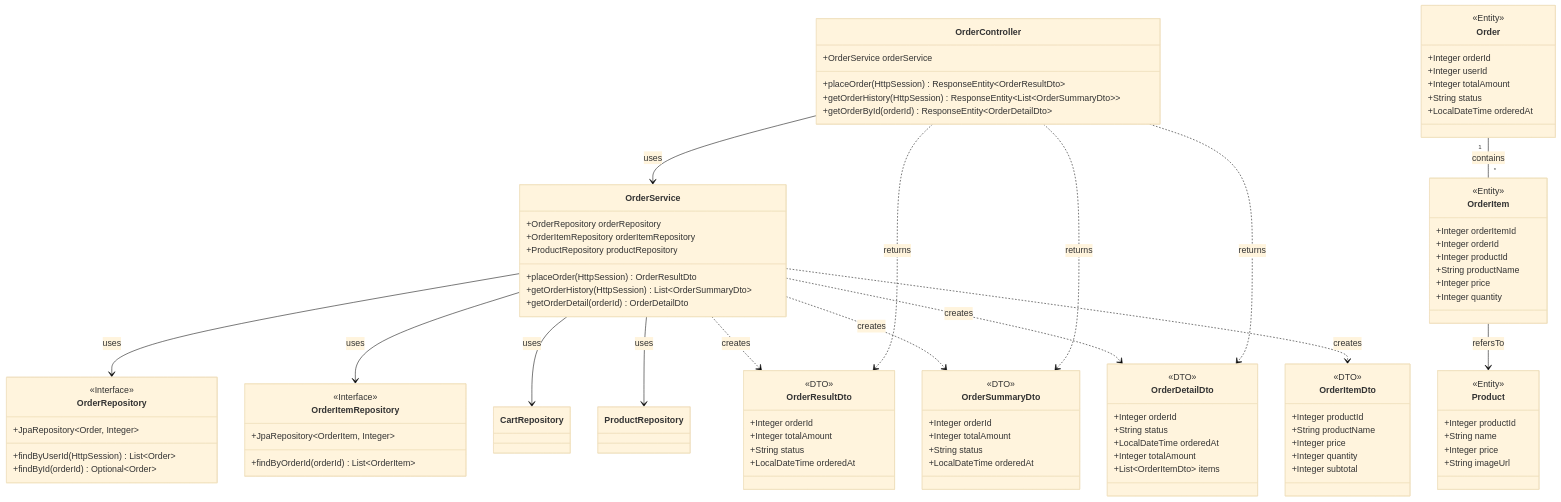
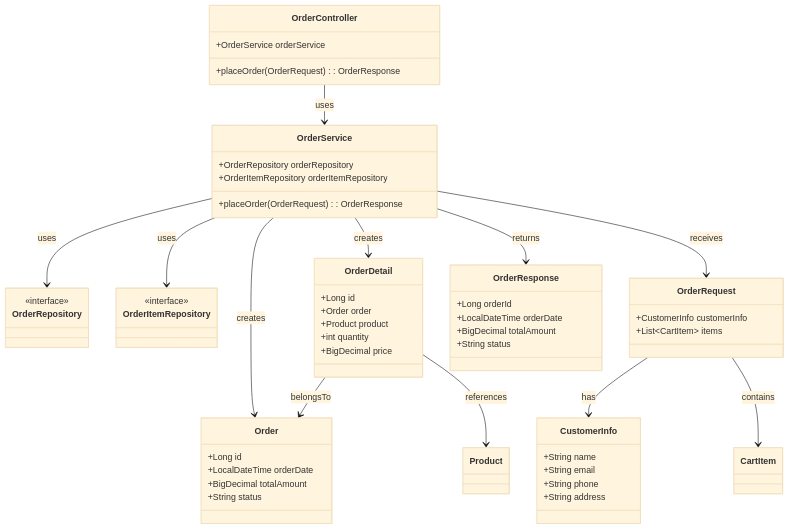
One commit to natsumiumeda/Jobs changed diagram 18 of 21 in 詳細設計/詳細設計書.md. Above: the diagram before and after it, drawn with Mermaid (base theme). The commit also changed other lines of this file, not shown here.

```diff
--- a/詳細設計/詳細設計書.md
+++ b/詳細設計/詳細設計書.md
@@ -795,110 +867,74 @@
 <div class="mermaid">
 classDiagram
+    %% Controller
     class OrderController {
         +OrderService orderService
-        +placeOrder(HttpSession) ResponseEntity~OrderResultDto~
-        +getOrderHistory(HttpSession) ResponseEntity~List~OrderSummaryDto~~
-        +getOrderById(orderId) ResponseEntity~OrderDetailDto~
+        +placeOrder(OrderRequest): OrderResponse
     }
 
+    %% Service
     class OrderService {
         +OrderRepository orderRepository
         +OrderItemRepository orderItemRepository
-        +ProductRepository productRepository
-        +placeOrder(HttpSession) OrderResultDto
-        +getOrderHistory(HttpSession) List~OrderSummaryDto~
-        +getOrderDetail(orderId) OrderDetailDto
+        +placeOrder(OrderRequest): OrderResponse
     }
 
+    %% Repository
     class OrderRepository {
-        <<Interface>>
-        +JpaRepository~Order, Integer~
-        +findByUserId(HttpSession) List~Order~
-        +findById(orderId) Optional~Order~
+        <<interface>>
     }
 
     class OrderItemRepository {
-        <<Interface>>
-        +JpaRepository~OrderItem, Integer~
-        +findByOrderId(orderId) List~OrderItem~
+        <<interface>>
     }
 
+    %% Entity
     class Order {
-        <<Entity>>
-        +Integer orderId
-        +Integer userId
-        +Integer totalAmount
+        +Long id
+        +LocalDateTime orderDate
+        +BigDecimal totalAmount
         +String status
-        +LocalDateTime orderedAt
     }
 
-    class OrderItem {
-        <<Entity>>
-        +Integer orderItemId
-        +Integer orderId
-        +Integer productId
-        +String productName
-        +Integer price
-        +Integer quantity
+    class OrderDetail {
+        +Long id
+        +Order order
+        +Product product
+        +int quantity
+        +BigDecimal price
     }
 
-    class Product {
-        <<Entity>>
-        +Integer productId
-        +String name
-        +Integer price
-        +String imageUrl
+    %% DTO
+    class OrderRequest {
+        +CustomerInfo customerInfo
+        +List~CartItem~ items
     }
 
-    class OrderResultDto {
-        <<DTO>>
-        +Integer orderId
-        +Integer totalAmount
-        +String status
-        +LocalDateTime orderedAt
+    class CustomerInfo {
+        +String name
+        +String email
+        +String phone
+        +String address
     }
 
-    class OrderSummaryDto {
-        <<DTO>>
-        +Integer orderId
-        +Integer totalAmount
+    class OrderResponse {
+        +Long orderId
+        +LocalDateTime orderDate
+        +BigDecimal totalAmount
         +String status
-        +LocalDateTime orderedAt
     }
 
-    class OrderDetailDto {
-        <<DTO>>
-        +Integer orderId
-        +String status
-        +LocalDateTime orderedAt
-        +Integer totalAmount
-        +List~OrderItemDto~ items
-    }
-
-    class OrderItemDto {
-        <<DTO>>
-        +Integer productId
-        +String productName
-        +Integer price
-        +Integer quantity
-        +Integer subtotal
-    }
-
+    %% 関係
     OrderController --> OrderService : uses
     OrderService --> OrderRepository : uses
     OrderService --> OrderItemRepository : uses
-    OrderService --> CartRepository : uses
-    OrderService --> ProductRepository : uses
+    OrderService --> Order : creates
+    OrderService --> OrderDetail : creates
+    OrderService --> OrderResponse : returns
+    OrderService --> OrderRequest : receives
+    OrderRequest --> CustomerInfo : has
+    OrderRequest --> CartItem : contains
+    OrderDetail --> Order : belongsTo
+    OrderDetail --> Product : references
 
-    Order "1" -- "*" OrderItem : contains
-    OrderItem --> Product : refersTo
-
-    OrderService ..> OrderResultDto : creates
-    OrderService ..> OrderSummaryDto : creates
-    OrderService ..> OrderDetailDto : creates
-    OrderService ..> OrderItemDto : creates
-
-    OrderController ..> OrderResultDto : returns
-    OrderController ..> OrderSummaryDto : returns
-    OrderController ..> OrderDetailDto : returns
  </div>
```
